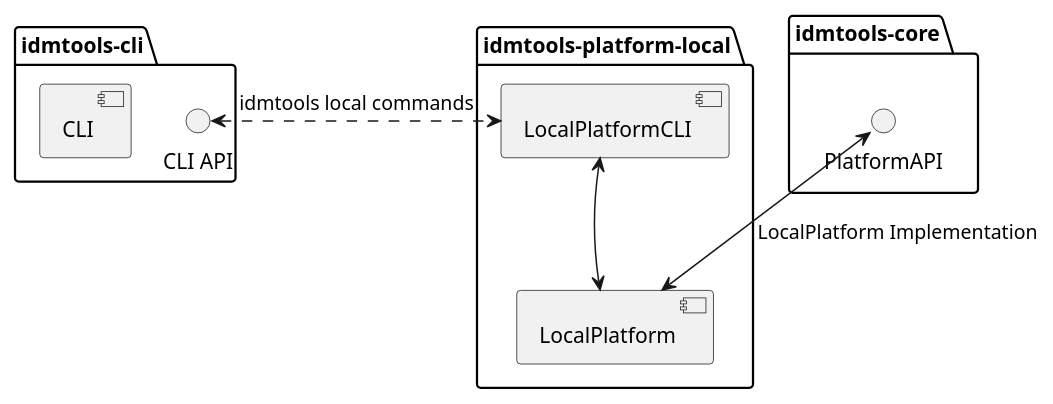
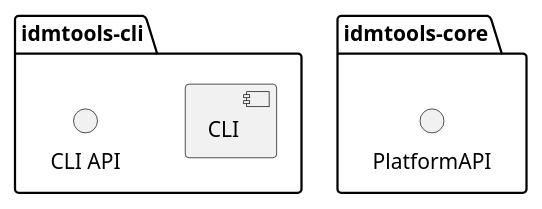
The diagram in docs/diagrams/local.puml (InstituteforDiseaseModeling/idmtools), drawn with PlantUML before and after one commit. The commit also changed 185 other files, not shown here.

Commit message:
Remove idmtools_platform_local from idmtools repo

```diff
--- a/docs/diagrams/local.puml
+++ b/docs/diagrams/local.puml
@@ -1,21 +1,12 @@
 @startuml
 
 package "idmtools-cli" as cli {
     [CLI]
     () "CLI API" as cli_api
 }
 
 package "idmtools-core" as registry {
     () "PlatformAPI" as PlatformAPI
 }
 
-package "idmtools-platform-local" as local {
-    [LocalPlatform]
-    [LocalPlatformCLI]
-}
-
-PlatformAPI <-down-> LocalPlatform : LocalPlatform Implementation
-cli_api <.> LocalPlatformCLI : idmtools local commands
-LocalPlatformCLI <--> LocalPlatform
-LocalPlatform -[hidden]- LocalPlatformCLI
 @enduml
```
